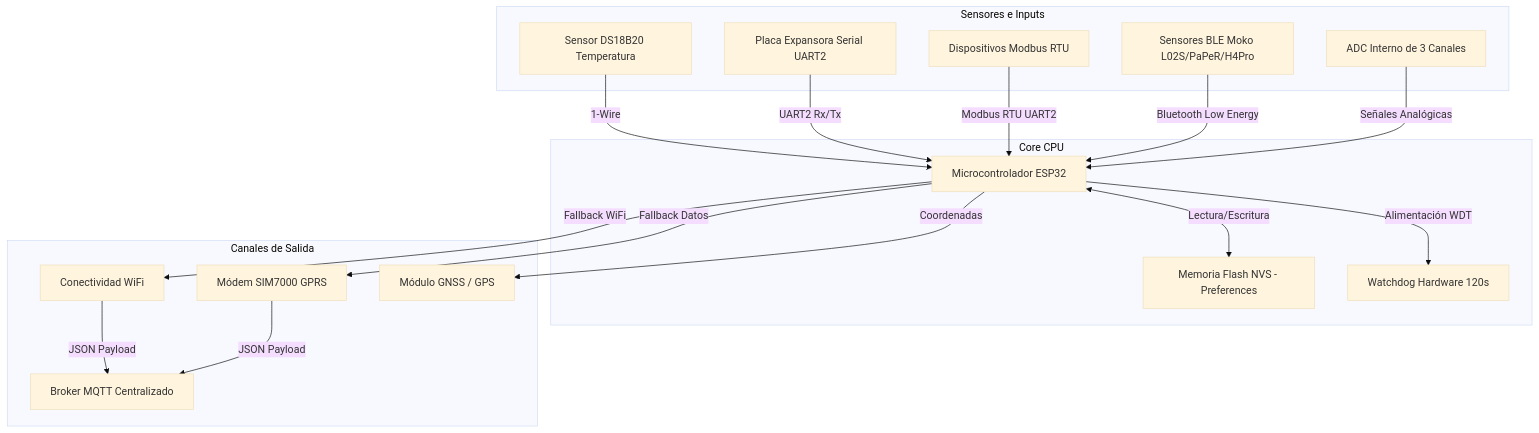
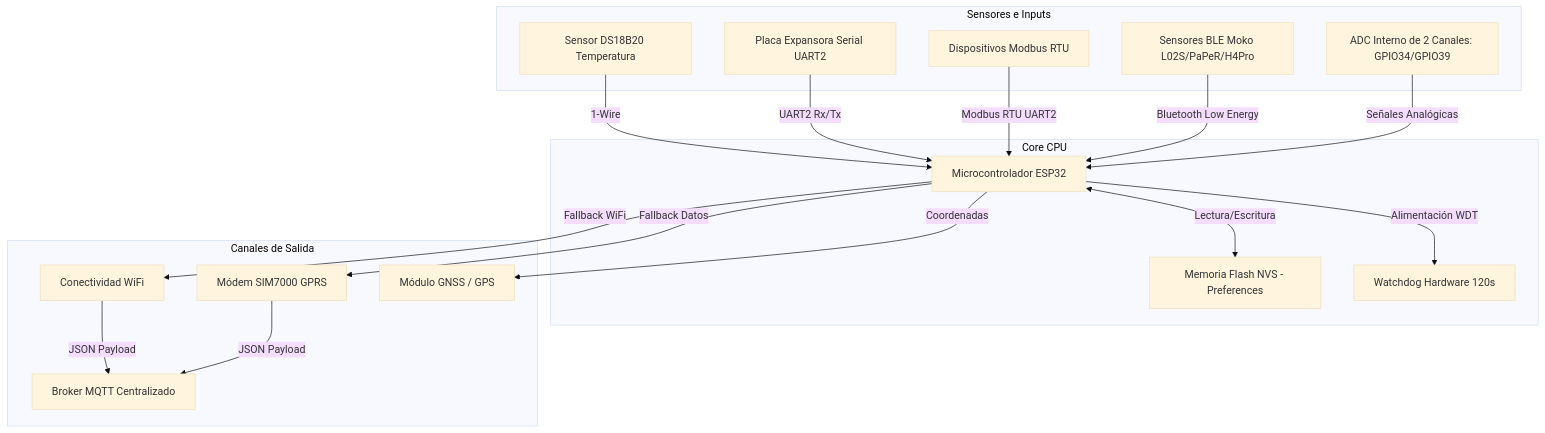
One commit to TCSAIngenieria/LILY-GO changed the first of 2 diagrams in PRD.md. Above: the diagram before and after it, drawn with Mermaid (base theme). The commit also changed other lines of this file and 11 other files, not shown here.

````diff
--- a/PRD.md
+++ b/PRD.md
@@ -14,39 +14,39 @@
 ```mermaid
 graph TD
     subgraph Sensores e Inputs
         DS[Sensor DS18B20 Temperatura]
         EXP[Placa Expansora Serial UART2]
         MB[Dispositivos Modbus RTU]
         BLE[Sensores BLE Moko L02S/PaPeR/H4Pro]
-        ADC[ADC Interno de 3 Canales]
+        ADC[ADC Interno de 2 Canales: GPIO34/GPIO39]
     end
 
     subgraph Core CPU
         ESP32[Microcontrolador ESP32]
         NVS[Memoria Flash NVS - Preferences]
         WDT[Watchdog Hardware 120s]
     end
 
     subgraph Canales de Salida
         WiFi[Conectividad WiFi]
         GPRS[Módem SIM7000 GPRS]
         GPS[Módulo GNSS / GPS]
         MQTT[Broker MQTT Centralizado]
     end
 
     DS -->|1-Wire| ESP32
     EXP -->|UART2 Rx/Tx| ESP32
     MB -->|Modbus RTU UART2| ESP32
     BLE -->|Bluetooth Low Energy| ESP32
     ADC -->|Señales Analógicas| ESP32
     
     ESP32 <-->|Lectura/Escritura| NVS
     ESP32 -->|Alimentación WDT| WDT
     
     ESP32 -->|Fallback WiFi| WiFi
     ESP32 -->|Fallback Datos| GPRS
     ESP32 -->|Coordenadas| GPS
     
     WiFi -->|JSON Payload| MQTT
     GPRS -->|JSON Payload| MQTT
 ```
````
